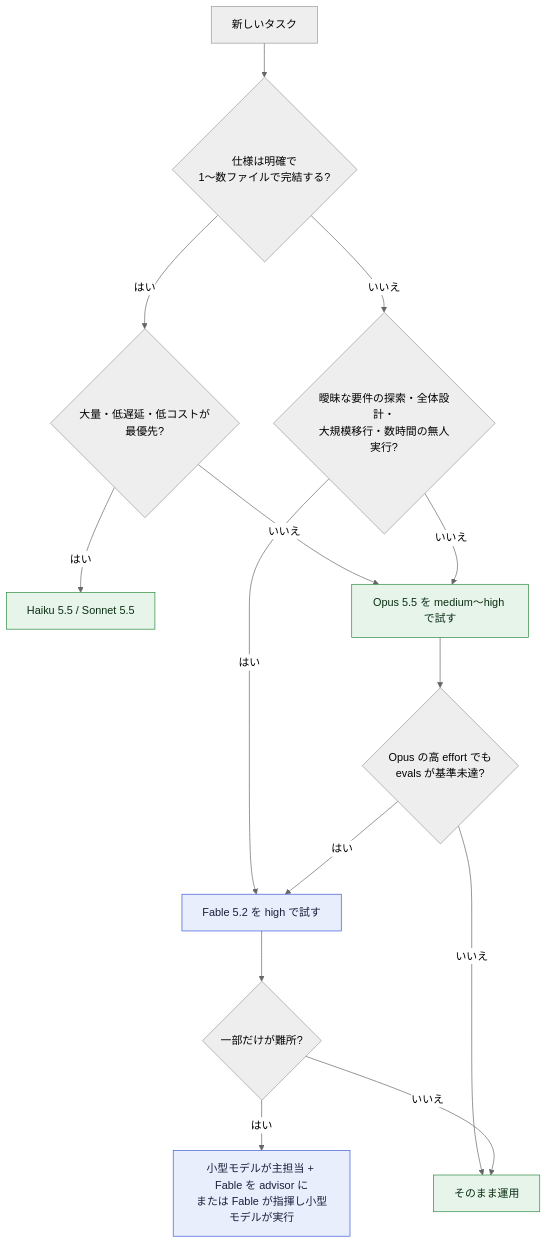
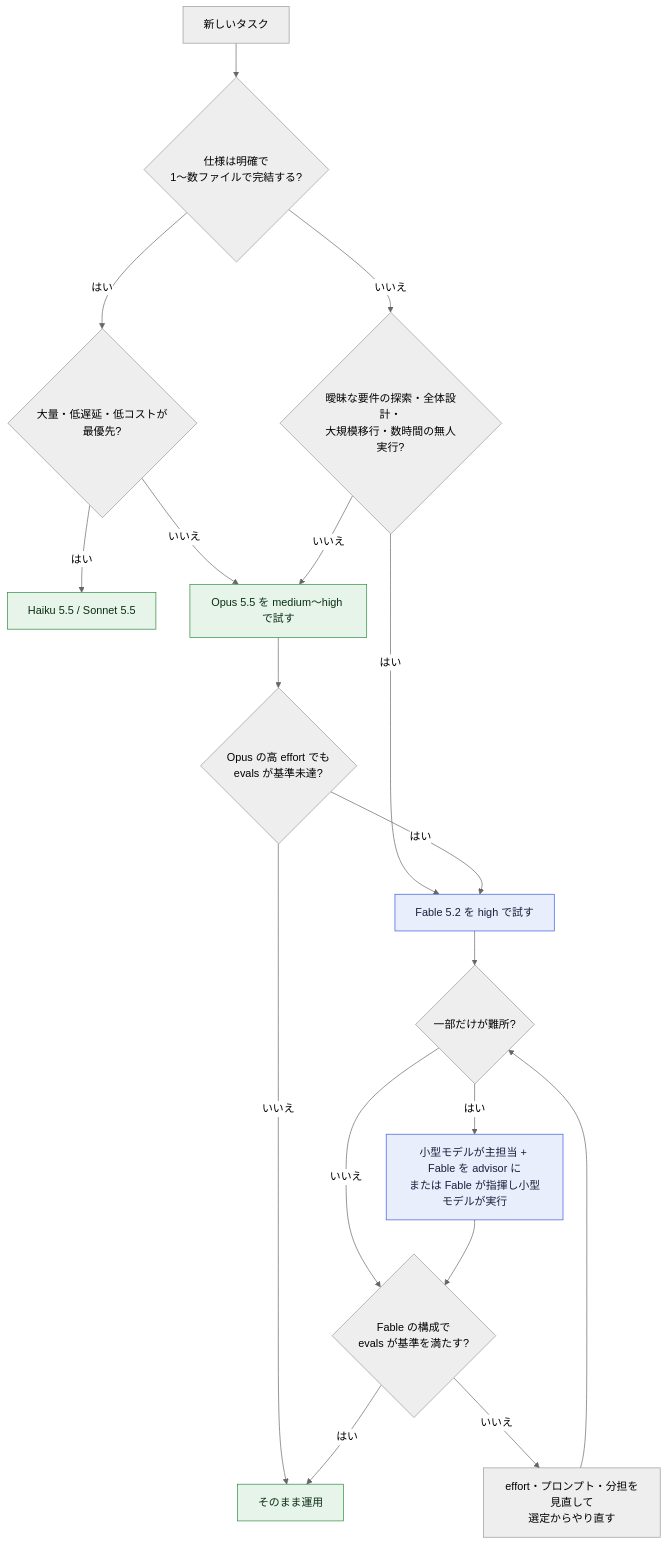
Before and after one commit to myoshi2891/Comparison-of-LLMs: the second of 10 diagrams in archive/md/Anthropic/Claude-fable-5-2-best-practices-guide.md, drawn with Mermaid (neutral theme). The commit also changed other lines of this file and 6 other files, not shown here.

````diff
--- a/archive/md/Anthropic/Claude-fable-5-2-best-practices-guide.md
+++ b/archive/md/Anthropic/Claude-fable-5-2-best-practices-guide.md
@@ -169,21 +169,25 @@
 ```mermaid
 flowchart TD
     START["新しいタスク"] --> Q1{"仕様は明確で<br/>1〜数ファイルで完結する?"}
     Q1 -- "はい" --> Q2{"大量・低遅延・低コストが最優先?"}
     Q2 -- "はい" --> HAIKU["Haiku 5.5 / Sonnet 5.5"]
     Q2 -- "いいえ" --> OPUS["Opus 5.5 を medium〜high で試す"]
     Q1 -- "いいえ" --> Q3{"曖昧な要件の探索・全体設計・<br/>大規模移行・数時間の無人実行?"}
     Q3 -- "はい" --> FABLE["Fable 5.2 を high で試す"]
     Q3 -- "いいえ" --> OPUS
     OPUS --> Q4{"Opus の高 effort でも<br/>evals が基準未達?"}
     Q4 -- "はい" --> FABLE
     Q4 -- "いいえ" --> DONE["そのまま運用"]
     FABLE --> Q5{"一部だけが難所?"}
     Q5 -- "はい" --> HYBRID["小型モデルが主担当 + Fable を advisor に<br/>または Fable が指揮し小型モデルが実行"]
-    Q5 -- "いいえ" --> DONE
+    Q5 -- "いいえ" --> EVAL{"Fable の構成で<br/>evals が基準を満たす?"}
+    HYBRID --> EVAL
+    EVAL -- "はい" --> DONE
+    EVAL -- "いいえ" --> RETRY["effort・プロンプト・分担を見直して<br/>選定からやり直す"]
+    RETRY --> Q5
 
     classDef main fill:#e8eefc,stroke:#3b5bdb,color:#1b1f3b
     classDef ok fill:#e6f4ea,stroke:#2b8a3e,color:#0b2e13
     class FABLE,HYBRID main
     class DONE,HAIKU,OPUS ok
 ```
````
